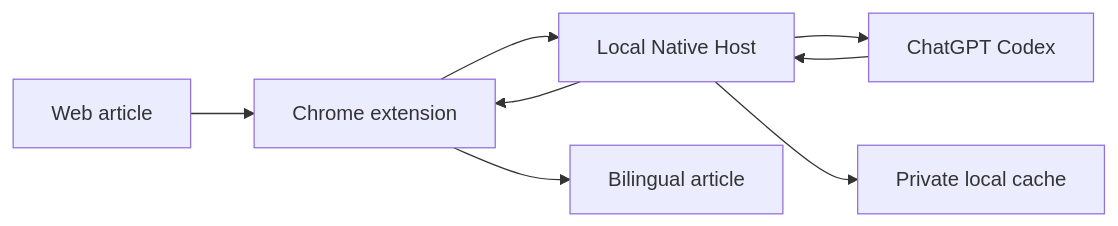
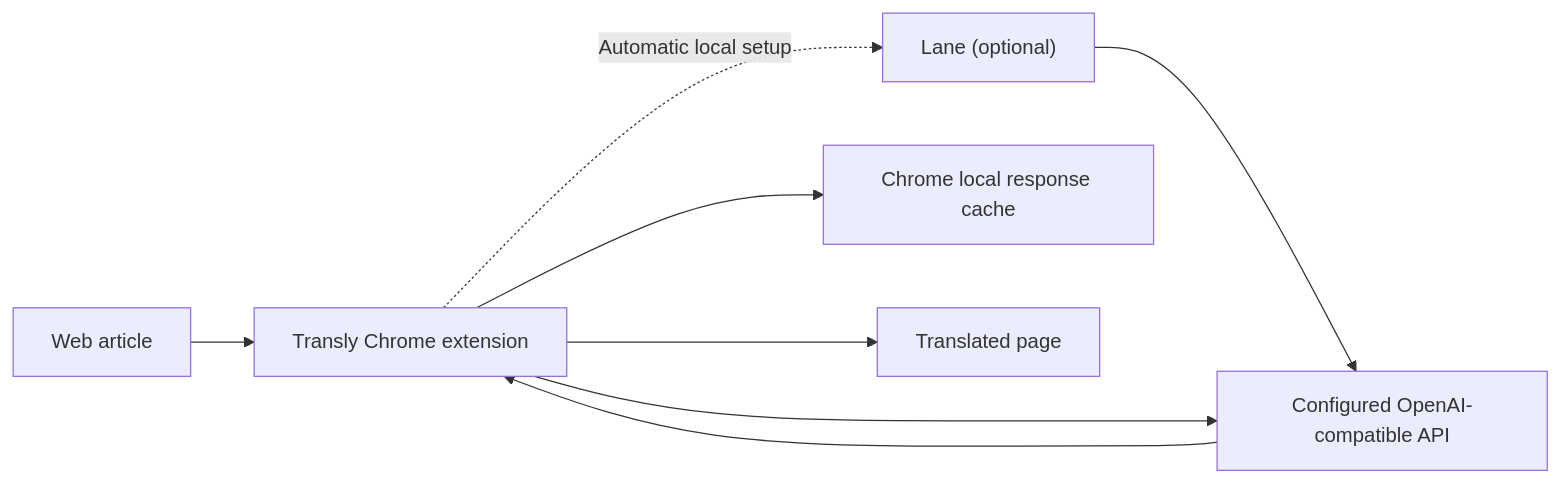
Before and after one commit to 1MoreBuild/transly: the diagram in README.md, drawn with Mermaid. The commit also changed other lines of this file and 67 other files, not shown here.

Commit message:
Support OpenAI-compatible providers and Lane

````diff
--- a/README.md
+++ b/README.md
@@ -100,10 +98,10 @@
 ```mermaid
 flowchart LR
-  Page["Web article"] --> Extension["Chrome extension"]
-  Extension --> Host["Local Native Host"]
-  Host --> Codex["ChatGPT Codex"]
-  Codex --> Host
-  Host --> Cache["Private local cache"]
-  Host --> Extension
-  Extension --> Result["Bilingual article"]
+  Page["Web article"] --> Extension["Transly Chrome extension"]
+  Extension -. "Automatic local setup" .-> Lane["Lane (optional)"]
+  Lane --> Provider
+  Extension --> Provider["Configured OpenAI-compatible API"]
+  Provider --> Extension
+  Extension --> Cache["Chrome local response cache"]
+  Extension --> Result["Translated page"]
 ```
````
